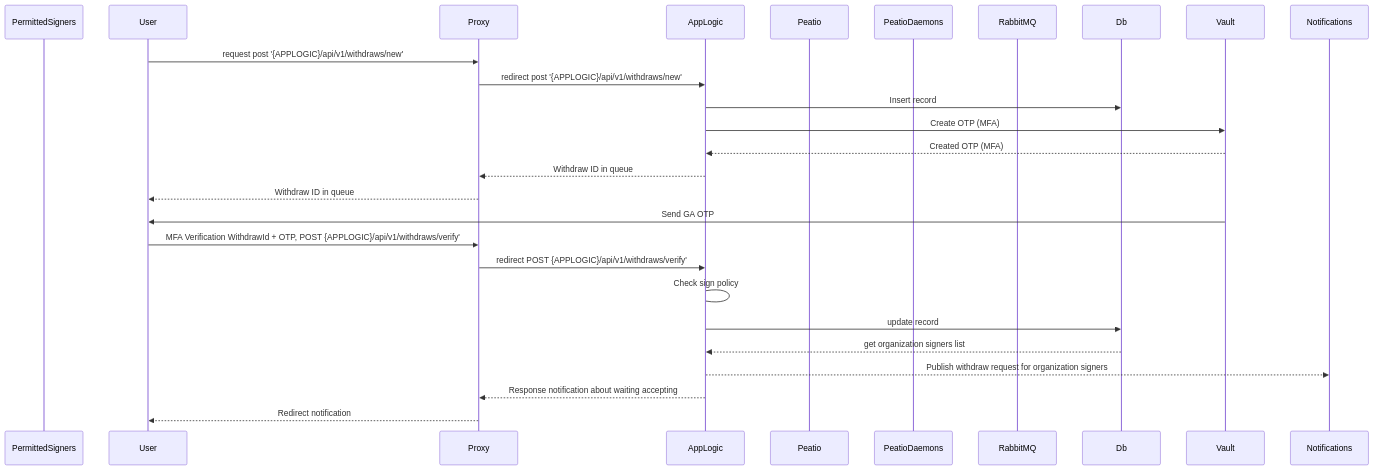
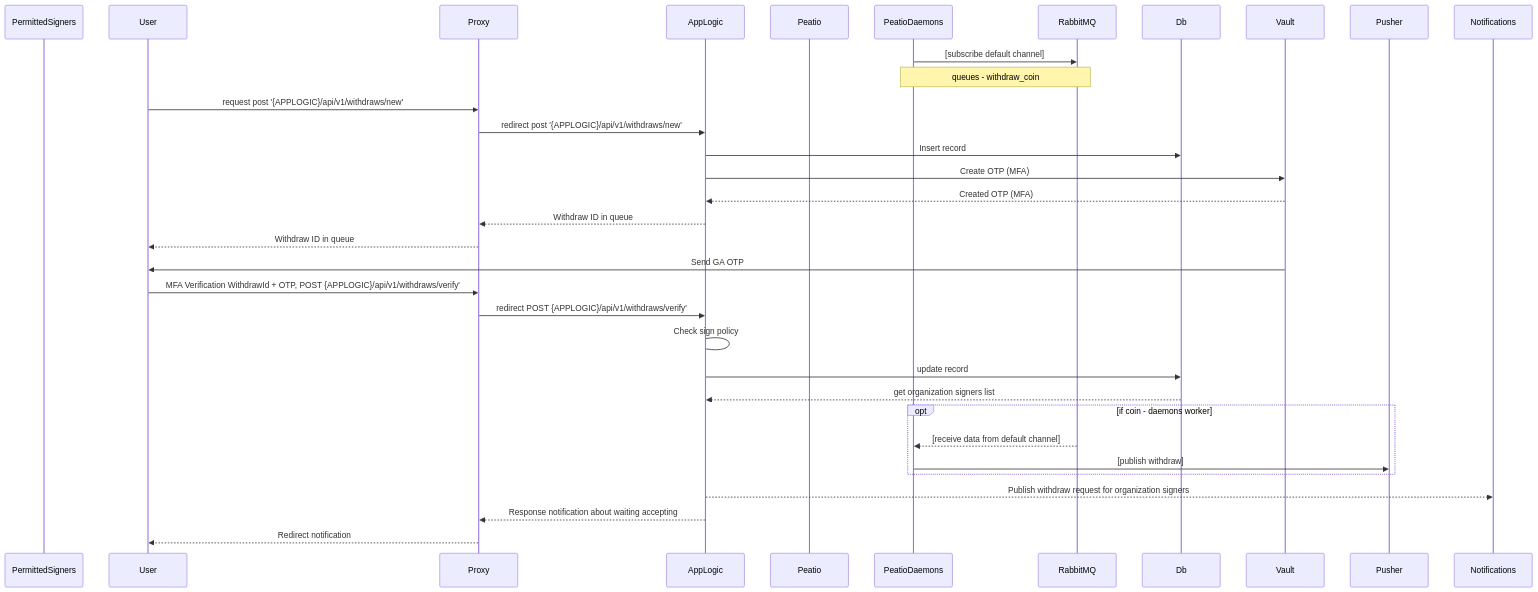
One commit to sergii-savchenko/rkcp_arch changed diagram 28 of 31 in README.md. Above: the diagram before and after it, drawn with Mermaid. The commit also changed 2 other files, not shown here.

Commit message:
some beaty

````diff
--- a/README.md
+++ b/README.md
@@ -884,34 +884,40 @@
 ```mermaid
 sequenceDiagram
     participant PermittedSigners
     participant User
     participant Proxy
     participant AppLogic
     participant Peatio
     participant PeatioDaemons
     participant RabbitMQ
     participant Db
     participant Vault
-    participant Notifications
+    participant Pusher
 
+    PeatioDaemons->>RabbitMQ: [subscribe default channel]
+    Note over PeatioDaemons,RabbitMQ: queues - withdraw_coin
     User->>Proxy: request post '{APPLOGIC}/api/v1/withdraws/new'
     Proxy->>AppLogic: redirect post '{APPLOGIC}/api/v1/withdraws/new'
     AppLogic->>Db: Insert record
 
     AppLogic->>Vault: Create OTP (MFA)
     Vault-->>AppLogic: Created OTP (MFA)
     AppLogic-->>Proxy: Withdraw ID in queue
     Proxy-->>User: Withdraw ID in queue
 
     Vault->>User: Send GA OTP
     User->>Proxy: MFA Verification WithdrawId + OTP, POST {APPLOGIC}/api/v1/withdraws/verify'
     Proxy->>AppLogic: redirect POST {APPLOGIC}/api/v1/withdraws/verify'
 
     AppLogic->AppLogic: Check sign policy
 
     AppLogic->>Db: update record
     Db-->>AppLogic: get organization signers list
+    opt if coin - daemons worker
+        RabbitMQ-->>PeatioDaemons: [receive data from default channel]
+        PeatioDaemons->>Pusher: [publish withdraw]
+    end
     AppLogic-->>Notifications: Publish withdraw request for organization signers
     AppLogic-->>Proxy: Response notification about waiting accepting
     Proxy-->>User: Redirect notification
 ```
````
